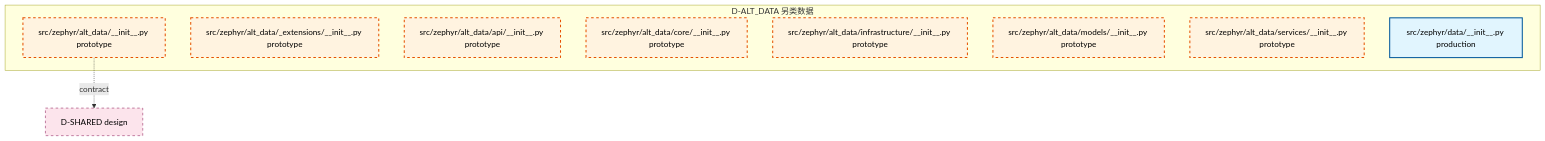
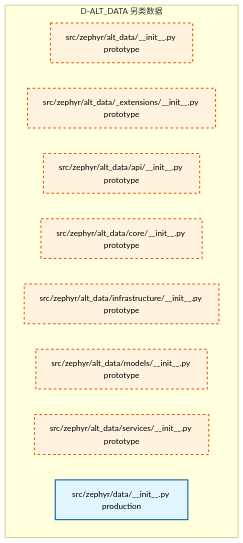
The diagram in docs/02_enterprise_architecture/02_domain_architecture_docs/06_d_alt_data.md (xuanFelixVan/ZephyrAlpha), drawn with Mermaid before and after one commit. The commit also changed other lines of this file and 4786 other files, not shown here.

````diff
--- a/docs/02_enterprise_architecture/02_domain_architecture_docs/06_d_alt_data.md
+++ b/docs/02_enterprise_architecture/02_domain_architecture_docs/06_d_alt_data.md
@@ -62,22 +62,19 @@
 ```mermaid
 graph TD
     subgraph D_ALT_DATA["D-ALT_DATA 另类数据"]
         src_zephyr_alt_data_init_py["src/zephyr/alt_data/__init__.py prototype"]
         src_zephyr_alt_data_extensions_init_py["src/zephyr/alt_data/_extensions/__init__.py prototype"]
         src_zephyr_alt_data_api_init_py["src/zephyr/alt_data/api/__init__.py prototype"]
         src_zephyr_alt_data_core_init_py["src/zephyr/alt_data/core/__init__.py prototype"]
         src_zephyr_alt_data_infrastructure_init_py["src/zephyr/alt_data/infrastructure/__init__.py prototype"]
         src_zephyr_alt_data_models_init_py["src/zephyr/alt_data/models/__init__.py prototype"]
         src_zephyr_alt_data_services_init_py["src/zephyr/alt_data/services/__init__.py prototype"]
         src_zephyr_data_init_py["src/zephyr/data/__init__.py production"]
     end
-    D_SHARED["D-SHARED design"]
-    src_zephyr_alt_data_init_py -.->|contract| D_SHARED
     classDef production fill:#e1f5fe,stroke:#01579b,stroke-width:2px,color:#000
     classDef design fill:#fff3e0,stroke:#e65100,stroke-width:2px,color:#000,stroke-dasharray: 5 5
     classDef external_prod fill:#e8f5e9,stroke:#1b5e20,stroke-width:1px,color:#000
     classDef external_design fill:#fce4ec,stroke:#880e4f,stroke-width:1px,color:#000,stroke-dasharray: 5 5
     class src_zephyr_data_init_py production
     class src_zephyr_alt_data_init_py,src_zephyr_alt_data_extensions_init_py,src_zephyr_alt_data_api_init_py,src_zephyr_alt_data_core_init_py,src_zephyr_alt_data_infrastructure_init_py,src_zephyr_alt_data_models_init_py,src_zephyr_alt_data_services_init_py design
-    class D_SHARED external_design
 ```
````
